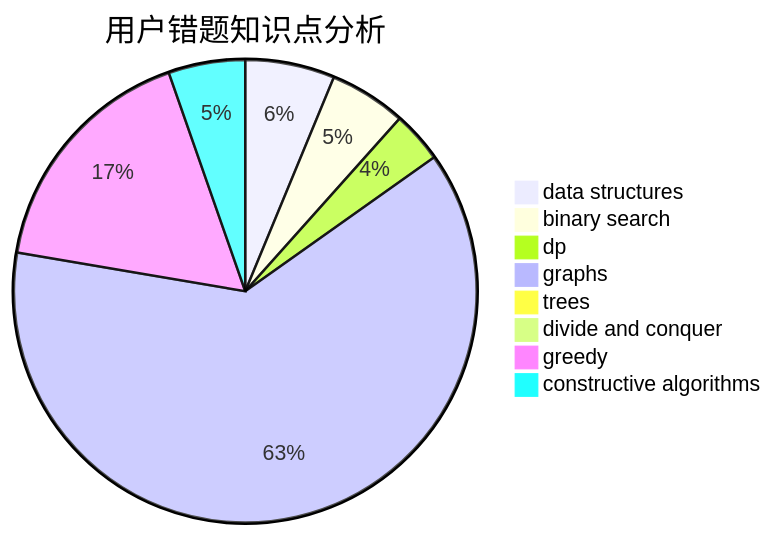
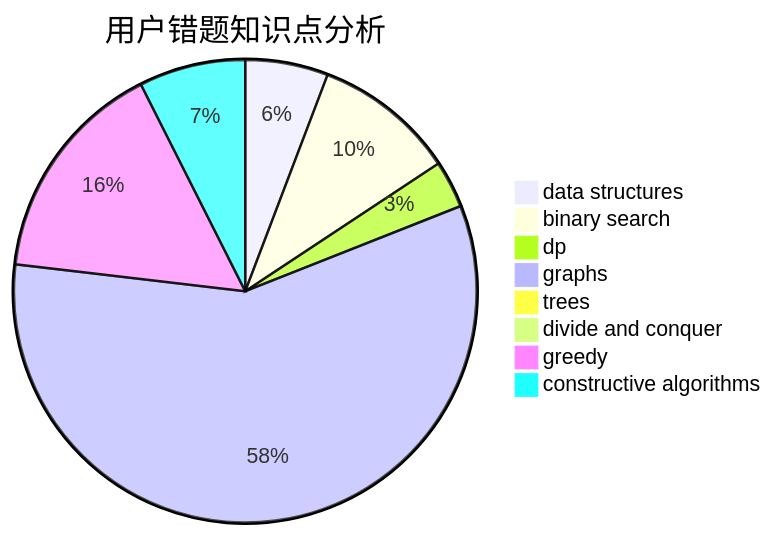
One commit to sherpahu/cfrs.github.io changed the third of 3 diagrams in docs/user/u2628.md. Above: the diagram before and after it, drawn with Mermaid. The commit also changed other lines of this file and 2770 other files, not shown here.

````diff
--- a/docs/user/u2628.md
+++ b/docs/user/u2628.md
@@ -36,11 +36,11 @@
 ```mermaid
 pie title 用户错题知识点分析
     "data structures" :  7
-    "binary search" :  6
+    "binary search" :  12
     "dp" :  4
     "graphs" :  70
     "trees" :  0
     "divide and conquer" :  0
     "greedy" :  19
-    "constructive algorithms" :  6
+    "constructive algorithms" :  9
 ```
````
